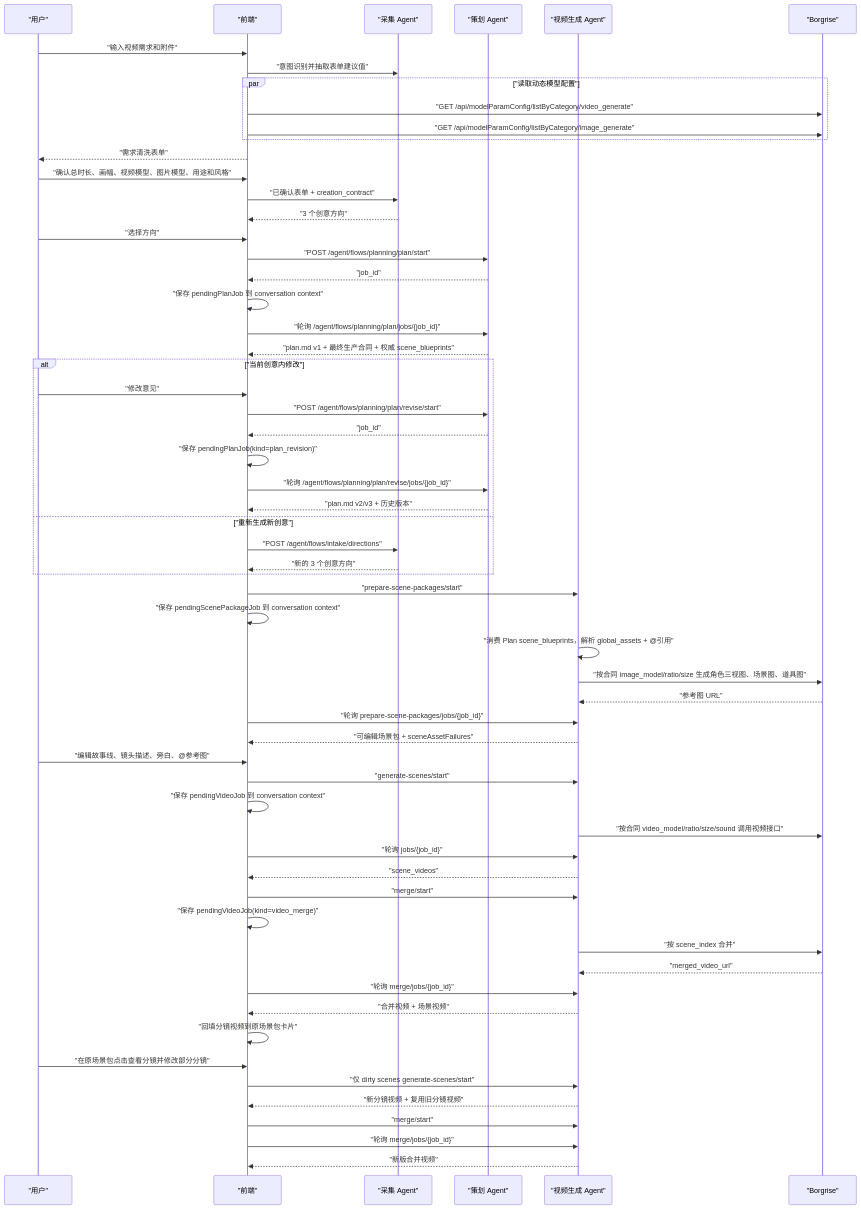
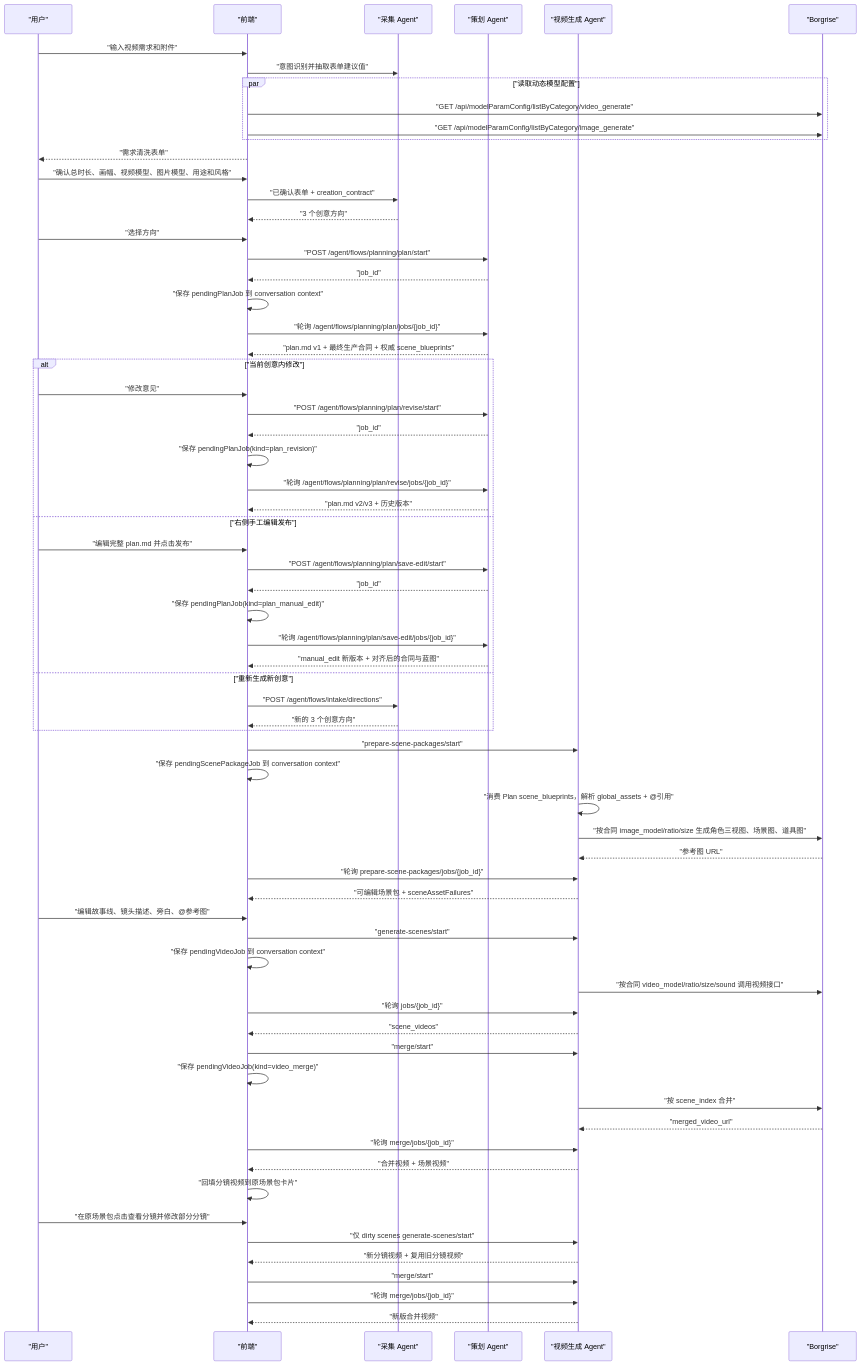
The sixth of 7 diagrams in docs/pixelflow-agent-skill-flow-latest-design.md (joyslxd/pixelflow), drawn with Mermaid before and after one commit. The commit also changed other lines of this file and 12 other files, not shown here.

````diff
--- a/docs/pixelflow-agent-skill-flow-latest-design.md
+++ b/docs/pixelflow-agent-skill-flow-latest-design.md
@@ -736,62 +736,69 @@
 ```mermaid
 sequenceDiagram
   participant U as "用户"
   participant FE as "前端"
   participant IA as "采集 Agent"
   participant PA as "策划 Agent"
   participant VA as "视频生成 Agent"
   participant BG as "Borgrise"
   U->>FE: "输入视频需求和附件"
   FE->>IA: "意图识别并抽取表单建议值"
   par "读取动态模型配置"
     FE->>BG: "GET /api/modelParamConfig/listByCategory/video_generate"
     FE->>BG: "GET /api/modelParamConfig/listByCategory/image_generate"
   end
   FE-->>U: "需求清洗表单"
   U->>FE: "确认总时长、画幅、视频模型、图片模型、用途和风格"
   FE->>IA: "已确认表单 + creation_contract"
   IA-->>FE: "3 个创意方向"
   U->>FE: "选择方向"
   FE->>PA: "POST /agent/flows/planning/plan/start"
   PA-->>FE: "job_id"
   FE->>FE: "保存 pendingPlanJob 到 conversation context"
   FE->>PA: "轮询 /agent/flows/planning/plan/jobs/{job_id}"
   PA-->>FE: "plan.md v1 + 最终生产合同 + 权威 scene_blueprints"
   alt "当前创意内修改"
     U->>FE: "修改意见"
     FE->>PA: "POST /agent/flows/planning/plan/revise/start"
     PA-->>FE: "job_id"
     FE->>FE: "保存 pendingPlanJob(kind=plan_revision)"
     FE->>PA: "轮询 /agent/flows/planning/plan/revise/jobs/{job_id}"
     PA-->>FE: "plan.md v2/v3 + 历史版本"
+  else "右侧手工编辑发布"
+    U->>FE: "编辑完整 plan.md 并点击发布"
+    FE->>PA: "POST /agent/flows/planning/plan/save-edit/start"
+    PA-->>FE: "job_id"
+    FE->>FE: "保存 pendingPlanJob(kind=plan_manual_edit)"
+    FE->>PA: "轮询 /agent/flows/planning/plan/save-edit/jobs/{job_id}"
+    PA-->>FE: "manual_edit 新版本 + 对齐后的合同与蓝图"
   else "重新生成新创意"
     FE->>IA: "POST /agent/flows/intake/directions"
     IA-->>FE: "新的 3 个创意方向"
   end
   FE->>VA: "prepare-scene-packages/start"
   FE->>FE: "保存 pendingScenePackageJob 到 conversation context"
   VA->>VA: "消费 Plan scene_blueprints，解析 global_assets + @引用"
   VA->>BG: "按合同 image_model/ratio/size 生成角色三视图、场景图、道具图"
   BG-->>VA: "参考图 URL"
   FE->>VA: "轮询 prepare-scene-packages/jobs/{job_id}"
   VA-->>FE: "可编辑场景包 + sceneAssetFailures"
   U->>FE: "编辑故事线、镜头描述、旁白、@参考图"
   FE->>VA: "generate-scenes/start"
   FE->>FE: "保存 pendingVideoJob 到 conversation context"
   VA->>BG: "按合同 video_model/ratio/size/sound 调用视频接口"
   FE->>VA: "轮询 jobs/{job_id}"
   VA-->>FE: "scene_videos"
   FE->>VA: "merge/start"
   FE->>FE: "保存 pendingVideoJob(kind=video_merge)"
   VA->>BG: "按 scene_index 合并"
   BG-->>VA: "merged_video_url"
   FE->>VA: "轮询 merge/jobs/{job_id}"
   VA-->>FE: "合并视频 + 场景视频"
   FE->>FE: "回填分镜视频到原场景包卡片"
   U->>FE: "在原场景包点击查看分镜并修改部分分镜"
   FE->>VA: "仅 dirty scenes generate-scenes/start"
   VA-->>FE: "新分镜视频 + 复用旧分镜视频"
   FE->>VA: "merge/start"
   FE->>VA: "轮询 merge/jobs/{job_id}"
   VA-->>FE: "新版合并视频"
 ```
````
